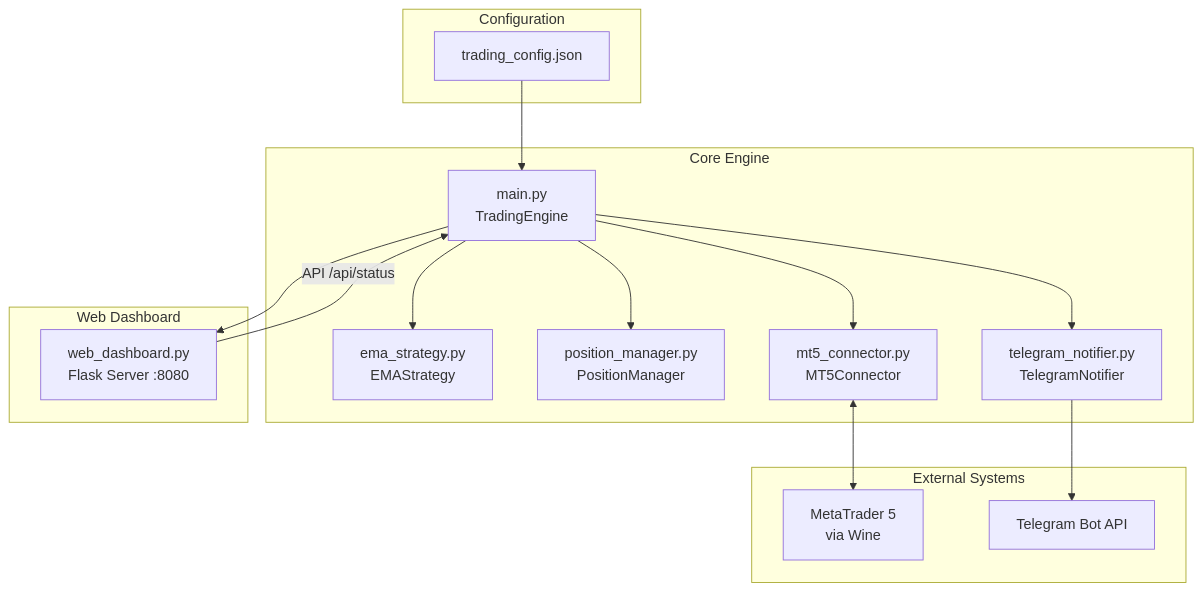
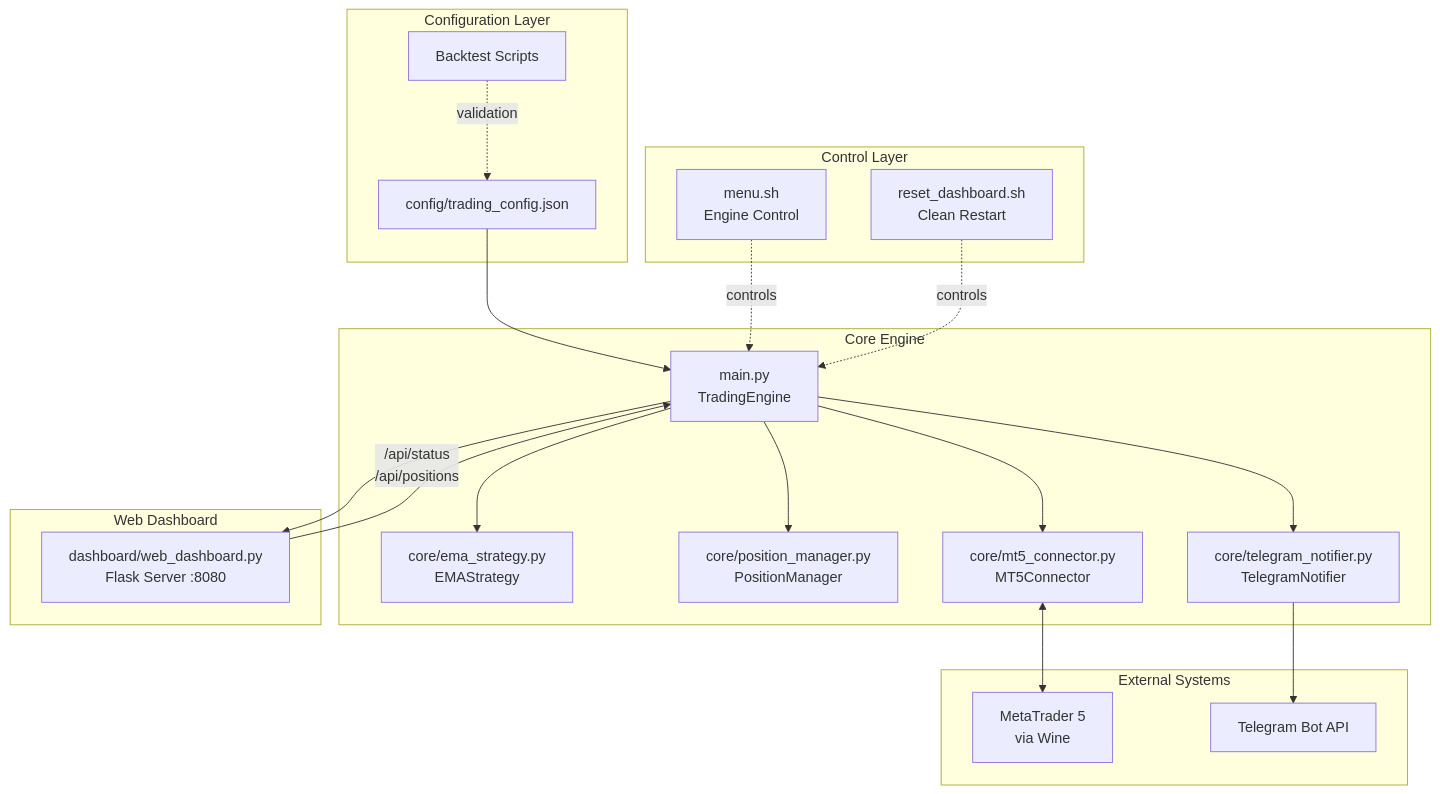
The first of 3 diagrams in README.md (morningtrading/strat_EMAX), drawn with Mermaid before and after one commit. The commit also changed other lines of this file, not shown here.

First line of the commit message:
docs: comprehensive README update with installation guide and enhanced diagrams

````diff
--- a/README.md
+++ b/README.md
@@ -7,35 +7,45 @@
 ```mermaid
 flowchart TD
-    subgraph Config["Configuration"]
-        TC[trading_config.json]
+    subgraph Config["Configuration Layer"]
+        TC[config/trading_config.json]
+        BC[Backtest Scripts]
     end
 
     subgraph Core["Core Engine"]
         ME[main.py<br/>TradingEngine]
-        ES[ema_strategy.py<br/>EMAStrategy]
-        PM[position_manager.py<br/>PositionManager]
-        MT[mt5_connector.py<br/>MT5Connector]
-        TN[telegram_notifier.py<br/>TelegramNotifier]
+        ES[core/ema_strategy.py<br/>EMAStrategy]
+        PM[core/position_manager.py<br/>PositionManager]
+        MT[core/mt5_connector.py<br/>MT5Connector]
+        TN[core/telegram_notifier.py<br/>TelegramNotifier]
+    end
+
+    subgraph Control["Control Layer"]
+        MENU[menu.sh<br/>Engine Control]
+        RESET[reset_dashboard.sh<br/>Clean Restart]
     end
 
     subgraph Dashboard["Web Dashboard"]
-        WD[web_dashboard.py<br/>Flask Server :8080]
+        WD[dashboard/web_dashboard.py<br/>Flask Server :8080]
     end
 
     subgraph External["External Systems"]
         MT5[MetaTrader 5<br/>via Wine]
         TG[Telegram Bot API]
     end
 
     TC --> ME
+    BC -.validation.-> TC
     ME --> ES
     ME --> PM
     ME --> MT
     ME --> TN
     ME --> WD
+    
+    MENU -.controls.-> ME
+    RESET -.controls.-> ME
 
     MT <--> MT5
     TN --> TG
 
-    WD -->|API /api/status| ME
+    WD -->|/api/status<br/>/api/positions| ME
 ```
````
